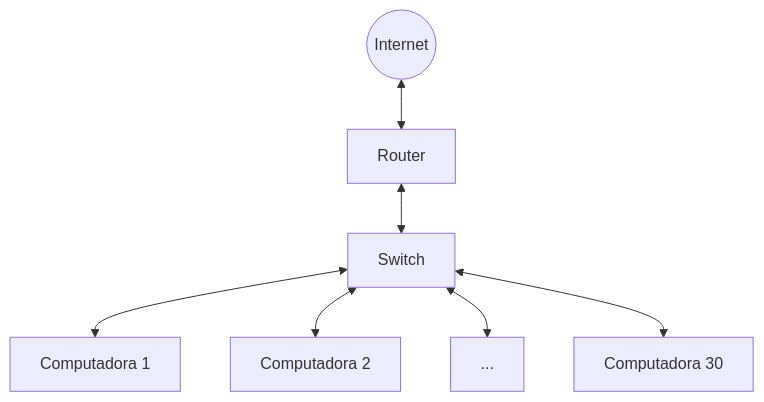
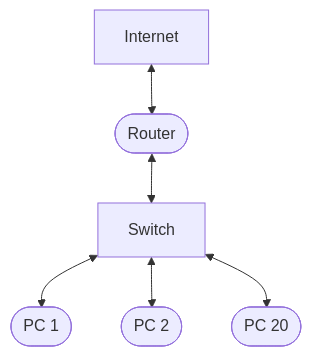
One commit to mvvillanueva1706-lgtm/Taller-de-Redes-TP-3 changed the diagram in Trabajo Práctico N°3.md. Above: the diagram before and after it, drawn with Mermaid.

Commit message:
Update Trabajo Práctico N°3.md

````diff
--- a/Trabajo Práctico N°3.md
+++ b/Trabajo Práctico N°3.md
@@ -52,10 +52,9 @@
 ```mermaid
 flowchart TD
-    A((Internet)) <--> B[Router]
+    A[Internet] <--> B([Router])
     B <--> C[Switch]
 
-    C <--> PC1[Computadora 1]
-    C <--> PC2[Computadora 2]
-    C <--> ...[...]
-    C <--> PC30[Computadora 30]
+    C <--> PC1([PC 1])
+    C <--> PC2([PC 2])
+    C <--> PC20([PC 20])
 ```
````
